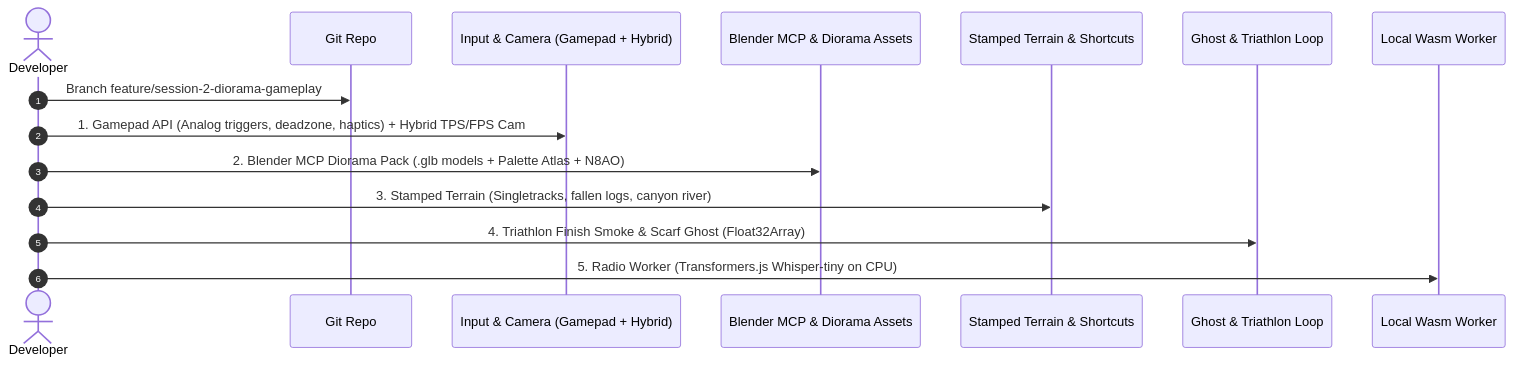
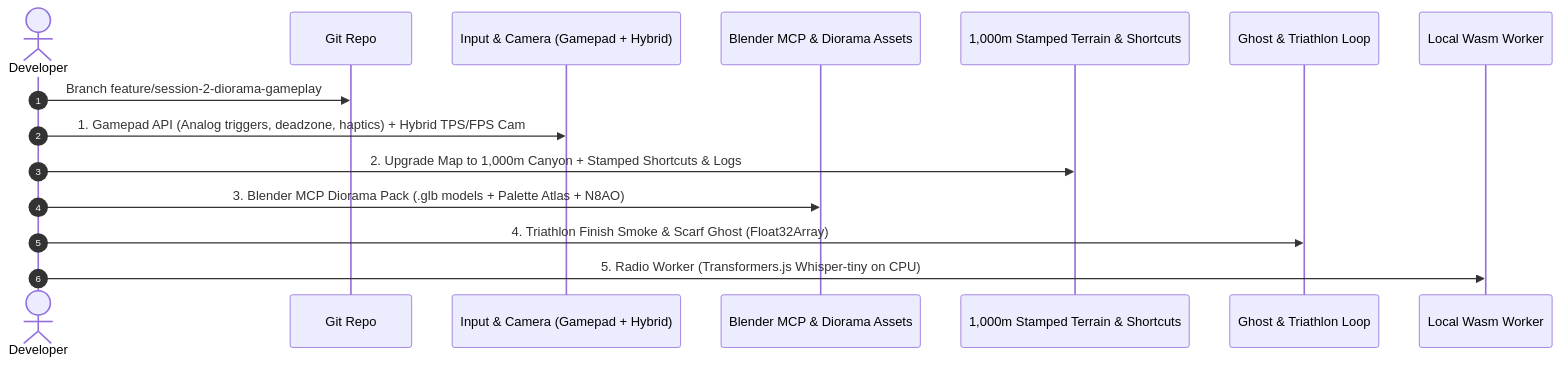
One commit to QuentinMerle/boreal-flow changed the second of 2 diagrams in SESSION_2_ROADMAP.md. Above: the diagram before and after it, drawn with Mermaid. The commit also changed other lines of this file, not shown here.

Commit message:
docs: add model selection guide and 1,000m canyon map scale strategy

````diff
--- a/SESSION_2_ROADMAP.md
+++ b/SESSION_2_ROADMAP.md
@@ -166,18 +183,18 @@
 ```mermaid
 sequenceDiagram
   autonumber
   actor Dev as Developer
   participant Git as Git Repo
   participant Core as Input & Camera (Gamepad + Hybrid)
   participant 3D as Blender MCP & Diorama Assets
-  participant World as Stamped Terrain & Shortcuts
+  participant World as 1,000m Stamped Terrain & Shortcuts
   participant Game as Ghost & Triathlon Loop
   participant AI as Local Wasm Worker
 
   Dev->>Git: Branch feature/session-2-diorama-gameplay
   Dev->>Core: 1. Gamepad API (Analog triggers, deadzone, haptics) + Hybrid TPS/FPS Cam
-  Dev->>3D: 2. Blender MCP Diorama Pack (.glb models + Palette Atlas + N8AO)
-  Dev->>World: 3. Stamped Terrain (Singletracks, fallen logs, canyon river)
+  Dev->>World: 2. Upgrade Map to 1,000m Canyon + Stamped Shortcuts & Logs
+  Dev->>3D: 3. Blender MCP Diorama Pack (.glb models + Palette Atlas + N8AO)
   Dev->>Game: 4. Triathlon Finish Smoke & Scarf Ghost (Float32Array)
   Dev->>AI: 5. Radio Worker (Transformers.js Whisper-tiny on CPU)
 ```
````
